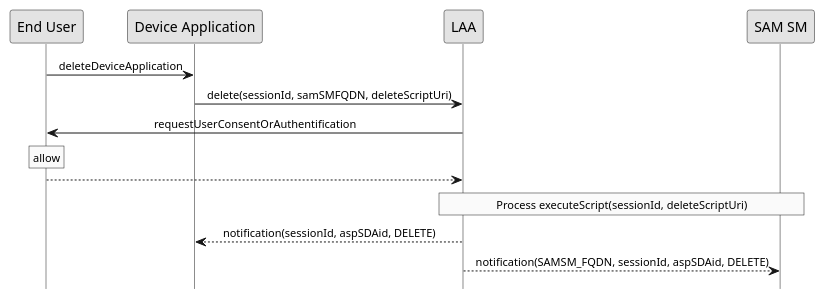
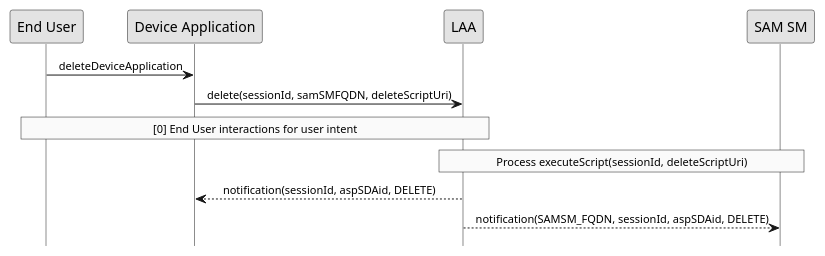
The diagram in doc/uml/delete-device-script.pu (gaelrgerard/laa), drawn with PlantUML before and after one commit. The commit also changed 4 other files, not shown here.

Commit message:
change diagram + small update

```diff
--- a/doc/uml/delete-device-script.pu
+++ b/doc/uml/delete-device-script.pu
@@ -1,26 +1,26 @@
 @startuml
 
 hide footbox
 skinparam sequenceMessageAlign center
 skinparam sequenceArrowFontSize 11
 skinparam noteFontSize 11
 skinparam monochrome true
 skinparam lifelinestrategy solid
  
 "End User" -> "Device Application" : deleteDeviceApplication
 "Device Application" -> LAA : delete(sessionId, samSMFQDN, deleteScriptUri)
 
-LAA -> "End User" : requestUserConsentOrAuthentification
-rnote over "End User": allow
-LAA <-- "End User"
+rnote over "LAA", "End User"
+     [0] End User interactions for user intent
+end rnote
 
 rnote over "LAA", "SAM SM"
      Process executeScript(sessionId, deleteScriptUri)
 end rnote
 
 
  
 LAA --> "Device Application" : notification(sessionId, aspSDAid, DELETE)
  
 LAA --> "SAM SM" : notification(SAMSM_FQDN, sessionId, aspSDAid, DELETE)
 @enduml
```
